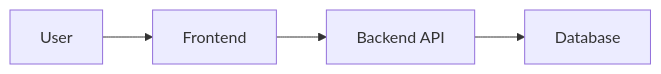
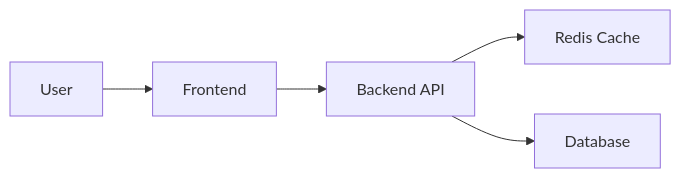
Before and after one commit to akshatha1710/github-mermaid-demo: the diagram in docs/system-architecture.mmd, drawn with Mermaid.

Commit message:
feat(architecture): add Redis caching layer

```diff
--- a/docs/system-architecture.mmd
+++ b/docs/system-architecture.mmd
@@ -1,4 +1,5 @@
 flowchart LR
     A[User] --> B[Frontend]
     B --> C[Backend API]
+    C --> E[Redis Cache]
     C --> D[Database]
```
